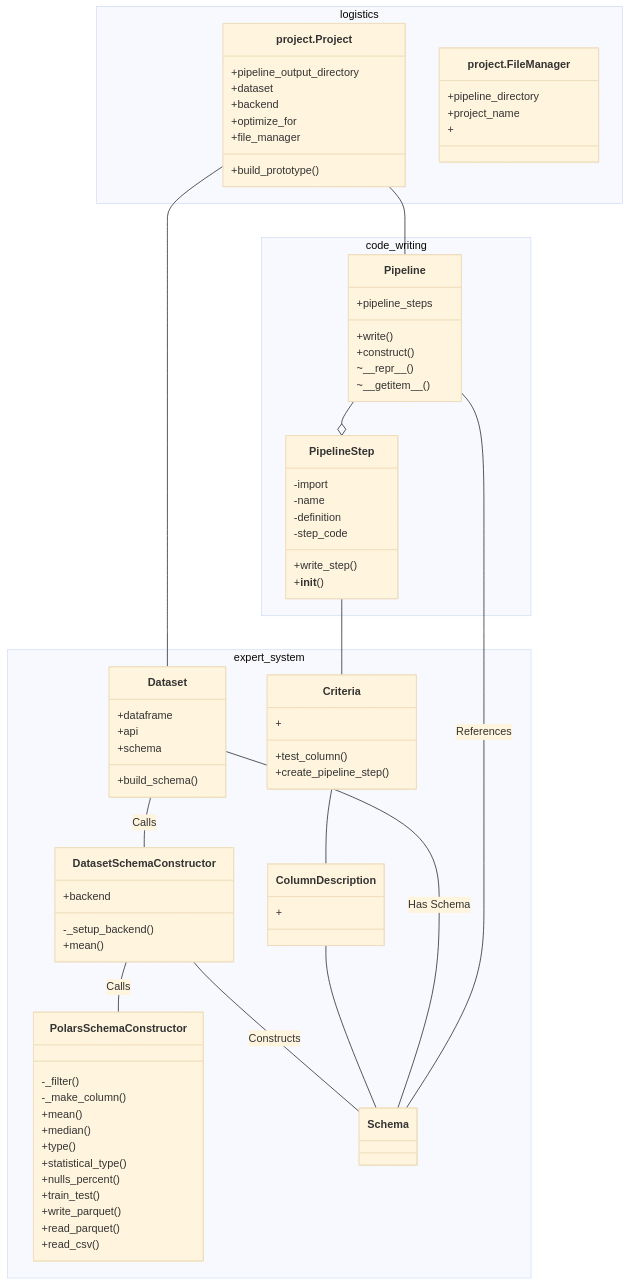
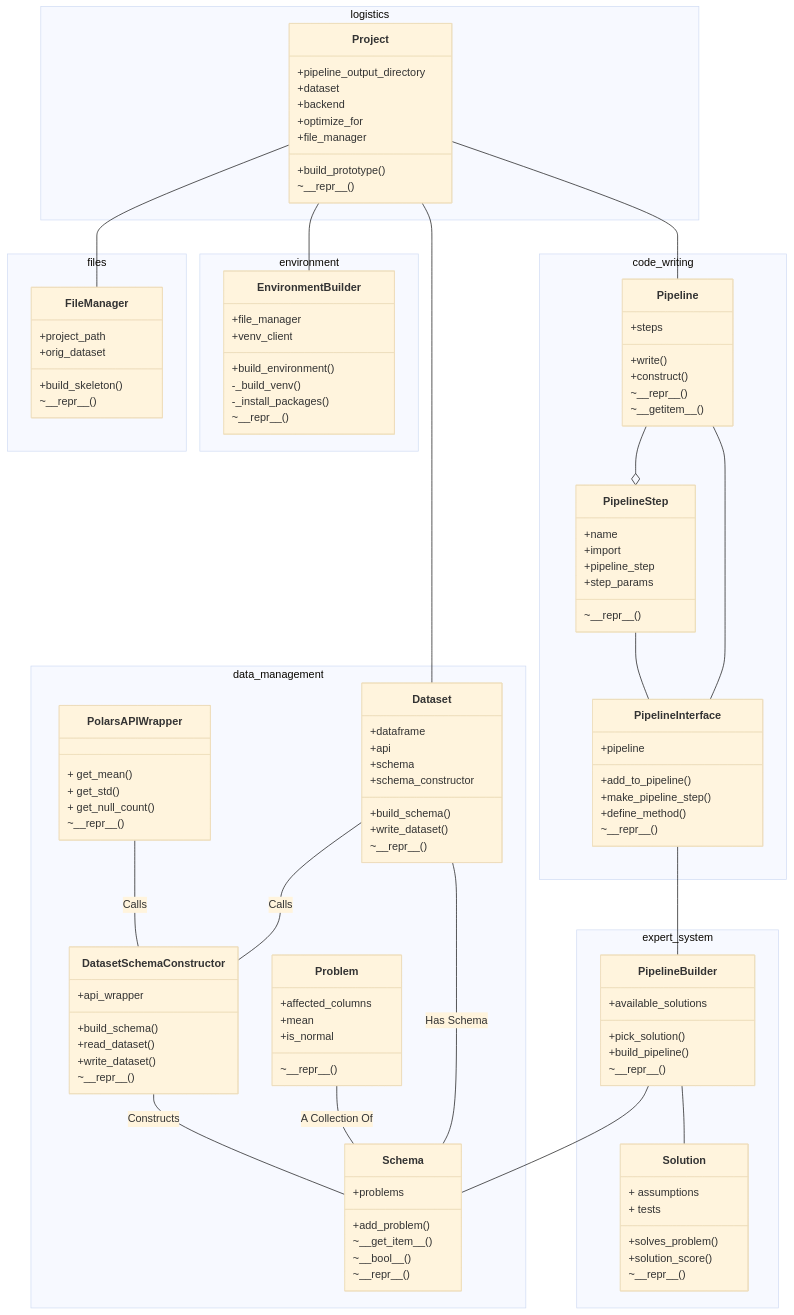
One commit to pjachim/Bukka changed the diagram in diagrams/class_diagrams.mmd. Above: the diagram before and after it, drawn with Mermaid (base theme).

Commit message:
Got it to a usable state for outstanding items.

```diff
--- a/diagrams/class_diagrams.mmd
+++ b/diagrams/class_diagrams.mmd
@@ -1,87 +1,132 @@
 classDiagram
     Pipeline --o Pipeline Step
-    Dataset Schema Constructor -- Polars Schema Constructor: Calls
+    Polars API Wrapper -- Dataset Schema Constructor: Calls
     Dataset Schema Constructor -- Schema: Constructs
     Dataset -- Dataset Schema Constructor: Calls
-    Pipeline Step -- Criteria
-    project.Project -- Pipeline
-    project.Project -- Dataset
-    Criteria -- ColumnDescription
-    ColumnDescription -- Schema
+    Pipeline Step -- Pipeline Interface
+    Pipeline Interface -- Pipeline
+    Project -- Pipeline
+    Project -- Dataset
+    Pipeline Interface -- Pipeline Builder
+    Pipeline Builder -- Schema
+    Problem -- Schema: A Collection Of
     Dataset -- Schema: Has Schema
-    Pipeline -- Schema: References
+    Pipeline Builder -- Solution
+    Project -- File Manager
+    Project -- EnvironmentBuilder
 
     namespace logistics {
-        class project.Project {
+        class Project {
             +pipeline_output_directory
             +dataset
             +backend
             +optimize_for
             +file_manager
             +build_prototype()
+            ~\_\_repr__()
         }
-
-        class project.FileManager {
-            +pipeline_directory
-            +project_name
-            +
-        }
-
     }
 
-    namespace expert_system {
+    namespace files {
+        class FileManager {
+            +project_path
+            +orig_dataset
+            +build_skeleton()
+            ~\_\_repr__()
+        }
+    }
+
+    namespace environment {
+        class EnvironmentBuilder {
+            +file_manager
+            +venv_client
+            +build_environment()
+            -_build_venv()
+            -_install_packages()
+            ~\_\_repr__()
+        }
+    }
+
+    namespace data_management {
         class Dataset{
             +dataframe
             +api
             +schema
+            +schema_constructor
             +build_schema()
+            +write_dataset()
+            ~\_\_repr__()
         }
 
         class Dataset Schema Constructor{
-            +backend
-            -_setup_backend()
-            +mean()
+            +api_wrapper
+            +build_schema()
+            +read_dataset()
+            +write_dataset()
+            ~\_\_repr__()
         }
 
-        class Polars Schema Constructor {
-            -_filter()
-            -_make_column()
-            +mean()
-            +median()
-            +type()
-            +statistical_type()
-            +nulls_percent()
-            +train_test()
-            +write_parquet()
-            +read_parquet()
-            +read_csv()
+        class Polars API Wrapper {
+            + get_mean()
+            + get_std()
+            + get_null_count()
+            ~\_\_repr__()
         }
-        class Criteria {
-            +test_column()
-            +create_pipeline_step()
-            +
+        
+        class Schema {
+            +problems
+            +add_problem()
+            ~\_\_get_item\_\_()
+            ~\_\_bool\_\_()
+            ~\_\_repr__()
         }
-        class Schema
-        class ColumnDescription {
-            +
+        class Problem {
+            +affected_columns
+            +mean
+            +is_normal
+            ~\_\_repr__()
         }
     }
     
     namespace code_writing {
         class Pipeline{
-            +pipeline_steps
+            +steps
             +write()
             +construct()
             ~\_\_repr__()
             ~\_\_getitem__()
         }
 
         class Pipeline Step{
-            -import
-            -name
-            -definition
-            -step_code
-            +write_step()
-            +__init__()
+            +name 
+            +import
+            +pipeline_step
+            +step_params
+            ~\_\_repr__()
+
+        }
+
+        class Pipeline Interface {
+            +pipeline
+            +add_to_pipeline()
+            +make_pipeline_step()
+            +define_method()
+            ~\_\_repr__()
         }
     }
+
+    namespace expert_system {
+        class Solution {
+            + assumptions
+            + tests
+            +solves_problem()
+            +solution_score()
+            ~\_\_repr__()
+        }
+        class Pipeline Builder {
+            +available_solutions
+            +pick_solution()
+            +build_pipeline()
+            ~\_\_repr__()
+        }
+    }
```
